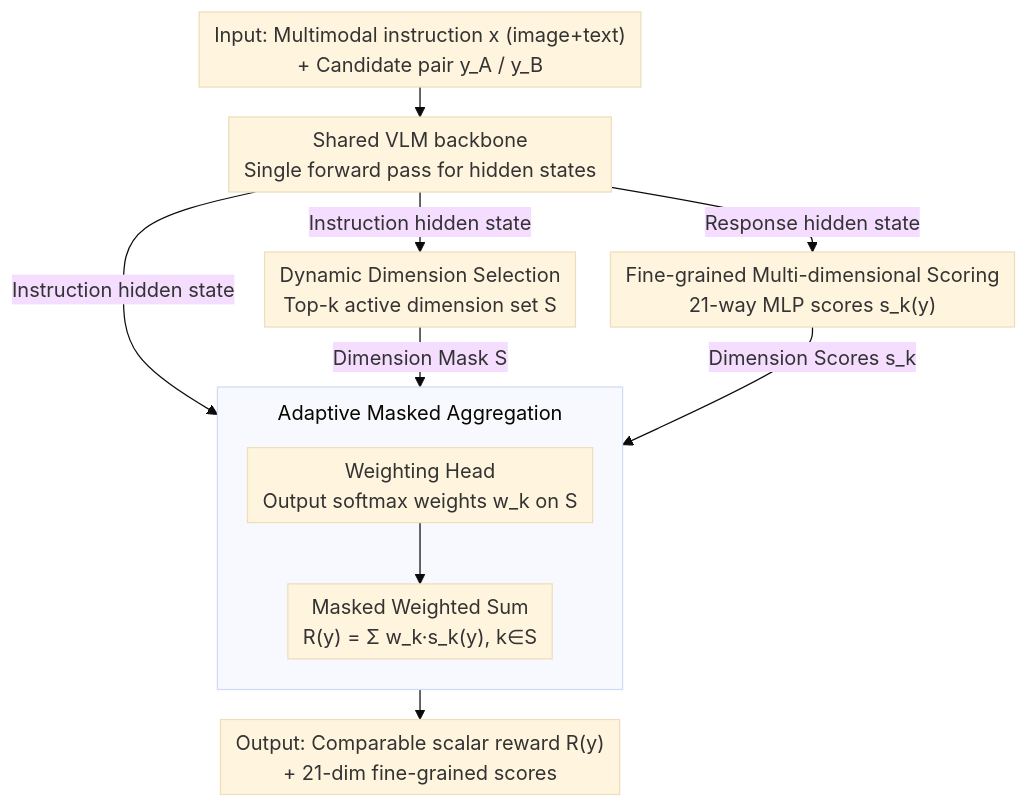
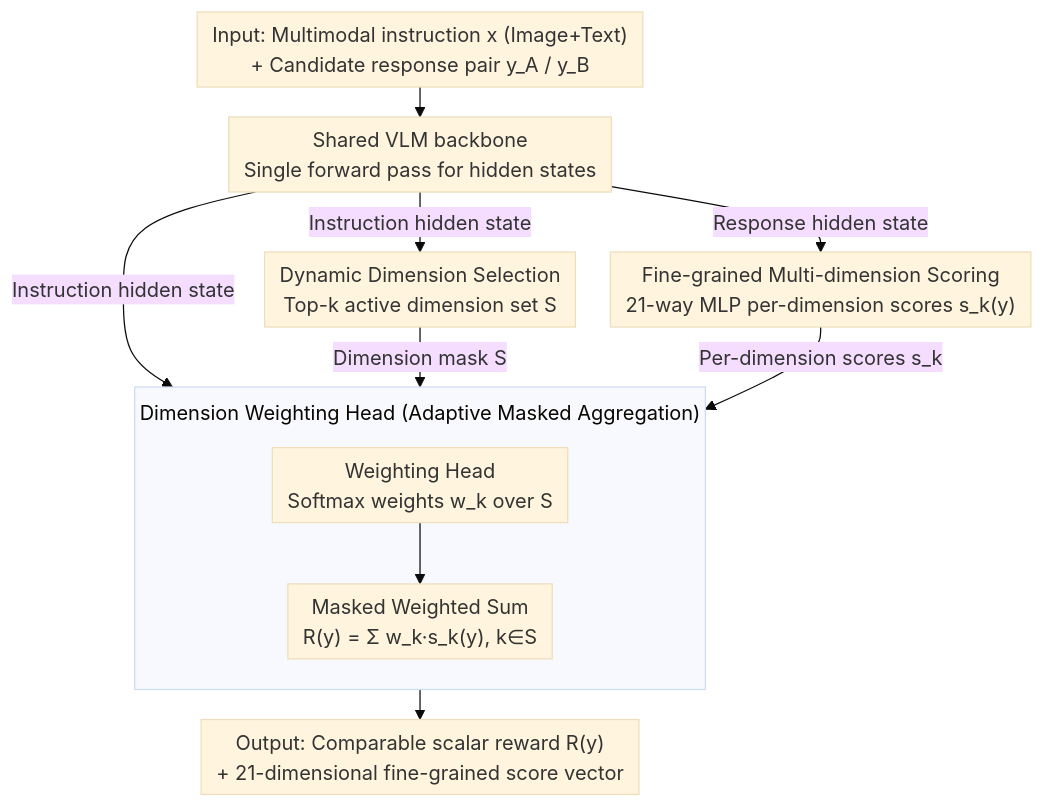
Before and after one commit to zhaoyang97/Paper-Notes-en: the diagram in docs/ACL2026/interpretability/learning_what_matters_dynamic_dimension_selection_and_aggregation_for_interpreta.md, drawn with Mermaid (base theme). The commit also changed other lines of this file and 5084 other files, not shown here.

````diff
--- a/docs/ACL2026/interpretability/learning_what_matters_dynamic_dimension_selection_and_aggregation_for_interpreta.md
+++ b/docs/ACL2026/interpretability/learning_what_matters_dynamic_dimension_selection_and_aggregation_for_interpreta.md
@@ -41,17 +41,17 @@
 ```mermaid
 %%{init: {'flowchart': {'rankSpacing': 24, 'nodeSpacing': 28, 'padding': 6, 'wrappingWidth': 400, 'subGraphTitleMargin': {'top': 8, 'bottom': 16}}}}%%
 flowchart TD
-    A["Input: Multimodal instruction x (image+text)<br/>+ Candidate pair y_A / y_B"] --> B["Shared VLM backbone<br/>Single forward pass for hidden states"]
+    A["Input: Multimodal instruction x (Image+Text)<br/>+ Candidate response pair y_A / y_B"] --> B["Shared VLM backbone<br/>Single forward pass for hidden states"]
     B -->|"Instruction hidden state"| C["Dynamic Dimension Selection<br/>Top-k active dimension set S"]
-    B -->|"Instruction hidden state"| D["Weighting Head<br/>Output softmax weights w_k on S"]
-    B -->|"Response hidden state"| E["Fine-grained Multi-dimensional Scoring<br/>21-way MLP scores s_k(y)"]
-    subgraph AGG["Adaptive Masked Aggregation"]
+    B -->|"Instruction hidden state"| D["Weighting Head<br/>Softmax weights w_k over S"]
+    B -->|"Response hidden state"| E["Fine-grained Multi-dimension Scoring<br/>21-way MLP per-dimension scores s_k(y)"]
+    subgraph AGG["Dimension Weighting Head (Adaptive Masked Aggregation)"]
         direction TB
         D
         F["Masked Weighted Sum<br/>R(y) = Σ w_k·s_k(y), k∈S"]
         D --> F
     end
-    C -->|"Dimension Mask S"| F
-    E -->|"Dimension Scores s_k"| F
-    F --> G["Output: Comparable scalar reward R(y)<br/>+ 21-dim fine-grained scores"]
+    C -->|"Dimension mask S"| F
+    E -->|"Per-dimension scores s_k"| F
+    F --> G["Output: Comparable scalar reward R(y)<br/>+ 21-dimensional fine-grained score vector"]
 ```
````
